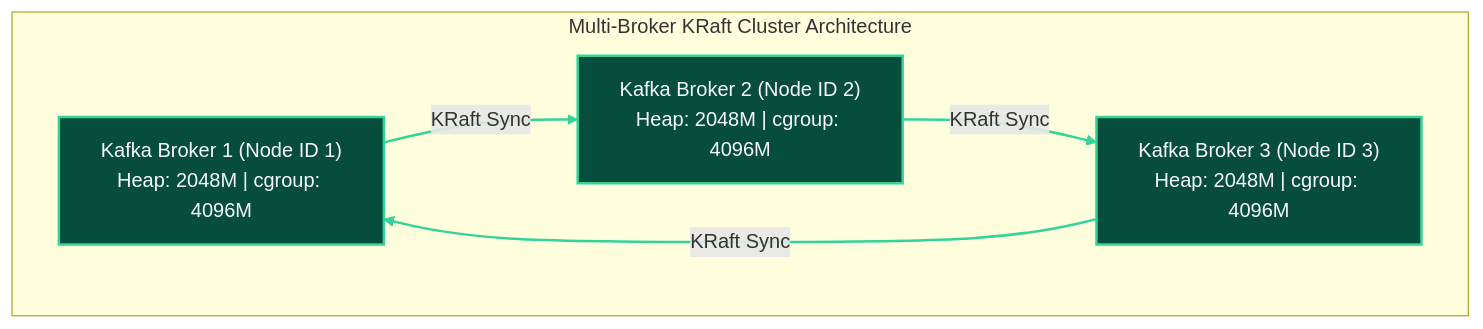
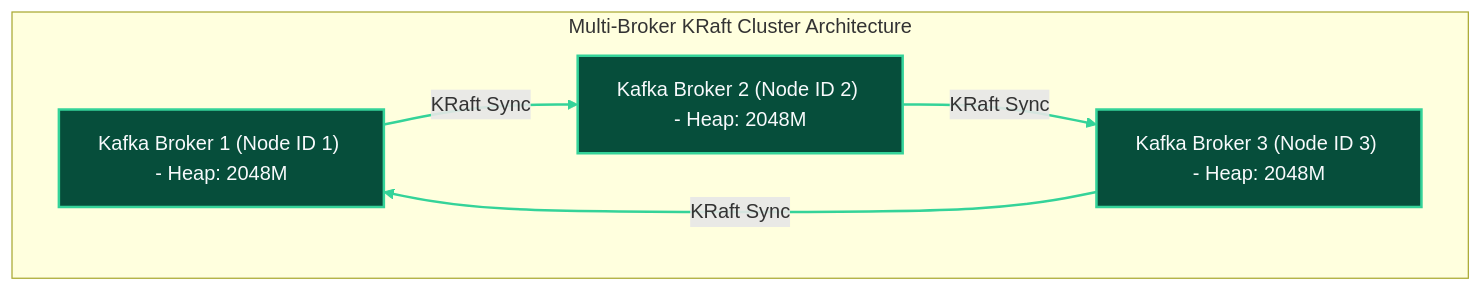
Diagram 18 of 18 in docs/configDoc/kafka-configuration-guide.md (Chief-Strategist-J/llm-obs-infra), drawn with Mermaid before and after one commit. The commit also changed other lines of this file, not shown here.

Commit message:
docs(kafka): fix Mermaid rendering syntax errors by converting undirected links to directed arrows and removing HTML break tags in labels

````diff
--- a/docs/configDoc/kafka-configuration-guide.md
+++ b/docs/configDoc/kafka-configuration-guide.md
@@ -1589,19 +1589,19 @@
 ```mermaid
 graph TB
     subgraph MultiBrokerCluster ["Multi-Broker KRaft Cluster Architecture"]
         direction LR
-        B1["Kafka Broker 1 (Node ID 1)<br/>Heap: 2048M | cgroup: 4096M"]
-        B2["Kafka Broker 2 (Node ID 2)<br/>Heap: 2048M | cgroup: 4096M"]
-        B3["Kafka Broker 3 (Node ID 3)<br/>Heap: 2048M | cgroup: 4096M"]
+        B1["Kafka Broker 1 (Node ID 1) - Heap: 2048M"]
+        B2["Kafka Broker 2 (Node ID 2) - Heap: 2048M"]
+        B3["Kafka Broker 3 (Node ID 3) - Heap: 2048M"]
 
         B1 -->|KRaft Sync| B2
         B2 -->|KRaft Sync| B3
         B3 -->|KRaft Sync| B1
     end
 
     style B1 fill:#064e3b,stroke:#34d399,stroke-width:2px,color:#f8fafc
     style B2 fill:#064e3b,stroke:#34d399,stroke-width:2px,color:#f8fafc
     style B3 fill:#064e3b,stroke:#34d399,stroke-width:2px,color:#f8fafc
 
     linkStyle 0,1,2 stroke:#34d399,stroke-width:2px;
 ```
````
